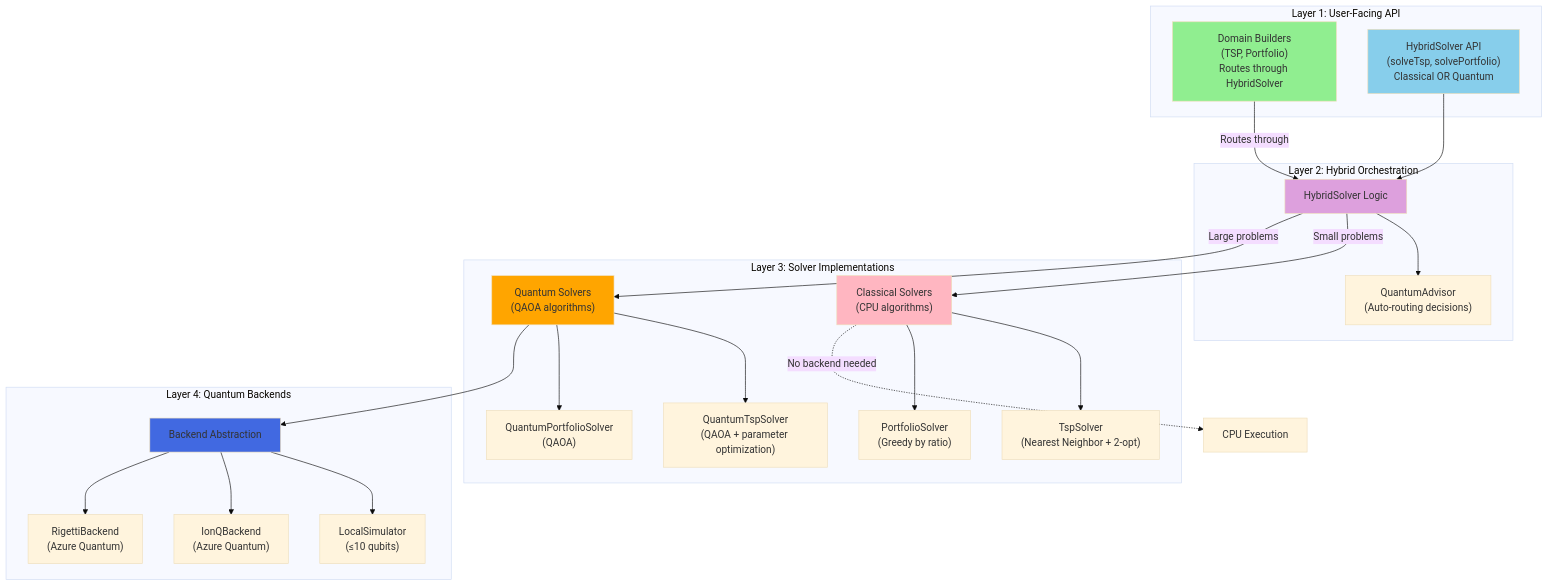
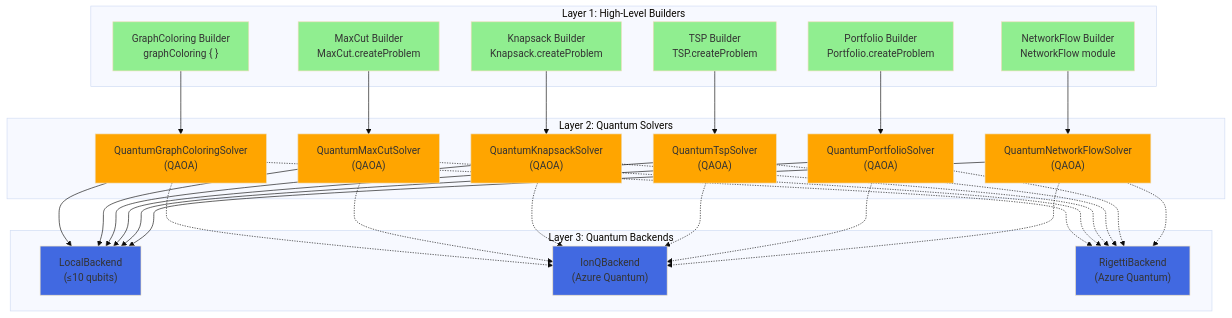
Before and after one commit to Thorium/FSharp.Azure.Quantum: the diagram in README.md, drawn with Mermaid (base theme). The commit also changed other lines of this file and 37 other files, not shown here.

Commit message:
refactor: Reorganize builders into quantum-first solver architecture

````diff
--- a/README.md
+++ b/README.md
@@ -176,49 +225,70 @@
 ```mermaid
 graph TB
-    subgraph "Layer 1: User-Facing API"
-        Builders["Domain Builders<br/>(TSP, Portfolio)<br/>Routes through HybridSolver"]
-        HybridAPI["HybridSolver API<br/>(solveTsp, solvePortfolio)<br/>Classical OR Quantum"]
+    subgraph "Layer 1: High-Level Builders"
+        GC["GraphColoring Builder<br/>graphColoring { }"]
+        MC["MaxCut Builder<br/>MaxCut.createProblem"]
+        KS["Knapsack Builder<br/>Knapsack.createProblem"]
+        TS["TSP Builder<br/>TSP.createProblem"]
+        PO["Portfolio Builder<br/>Portfolio.createProblem"]
+        NF["NetworkFlow Builder<br/>NetworkFlow module"]
     end
     
-    subgraph "Layer 2: Hybrid Orchestration"
-        HybridLogic["HybridSolver Logic"]
-        Advisor["QuantumAdvisor<br/>(Auto-routing decisions)"]
-        
-        HybridLogic --> Advisor
+    subgraph "Layer 2: Quantum Solvers"
+        QGC["QuantumGraphColoringSolver<br/>(QAOA)"]
+        QMC["QuantumMaxCutSolver<br/>(QAOA)"]
+        QKS["QuantumKnapsackSolver<br/>(QAOA)"]
+        QTS["QuantumTspSolver<br/>(QAOA)"]
+        QPO["QuantumPortfolioSolver<br/>(QAOA)"]
+        QNF["QuantumNetworkFlowSolver<br/>(QAOA)"]
     end
     
-    subgraph "Layer 3: Solver Implementations"
-        Classical["Classical Solvers<br/>(CPU algorithms)"]
-        Quantum["Quantum Solvers<br/>(QAOA algorithms)"]
-        
-        Classical --> TspClassical["TspSolver<br/>(Nearest Neighbor + 2-opt)"]
-        Classical --> PortfolioClassical["PortfolioSolver<br/>(Greedy by ratio)"]
-        
-        Quantum --> TspQuantum["QuantumTspSolver<br/>(QAOA + parameter optimization)"]
-        Quantum --> PortfolioQuantum["QuantumPortfolioSolver<br/>(QAOA)"]
+    subgraph "Layer 3: Quantum Backends"
+        LOCAL["LocalBackend<br/>(≤10 qubits)"]
+        IONQ["IonQBackend<br/>(Azure Quantum)"]
+        RIGETTI["RigettiBackend<br/>(Azure Quantum)"]
     end
     
-    subgraph "Layer 4: Quantum Backends"
-        Backends["Backend Abstraction"]
-        
-        Backends --> Local["LocalSimulator<br/>(≤10 qubits)"]
-        Backends --> IonQ["IonQBackend<br/>(Azure Quantum)"]
-        Backends --> Rigetti["RigettiBackend<br/>(Azure Quantum)"]
-    end
+    GC --> QGC
+    MC --> QMC
+    KS --> QKS
+    TS --> QTS
+    PO --> QPO
+    NF --> QNF
     
-    Builders -->|"Routes through"| HybridLogic
-    HybridAPI --> HybridLogic
+    QGC --> LOCAL
+    QMC --> LOCAL
+    QKS --> LOCAL
+    QTS --> LOCAL
+    QPO --> LOCAL
+    QNF --> LOCAL
     
-    HybridLogic -->|Small problems| Classical
-    HybridLogic -->|Large problems| Quantum
+    QGC -.-> IONQ
+    QMC -.-> IONQ
+    QKS -.-> IONQ
+    QTS -.-> IONQ
+    QPO -.-> IONQ
+    QNF -.-> IONQ
     
-    Classical -.->|"No backend needed"| CPU["CPU Execution"]
-    Quantum --> Backends
+    QGC -.-> RIGETTI
+    QMC -.-> RIGETTI
+    QKS -.-> RIGETTI
+    QTS -.-> RIGETTI
+    QPO -.-> RIGETTI
+    QNF -.-> RIGETTI
     
-    style Builders fill:#90EE90
-    style HybridAPI fill:#87CEEB
-    style HybridLogic fill:#DDA0DD
-    style Classical fill:#FFB6C1
-    style Quantum fill:#FFA500
-    style Backends fill:#4169E1
+    style GC fill:#90EE90
+    style MC fill:#90EE90
+    style KS fill:#90EE90
+    style TS fill:#90EE90
+    style PO fill:#90EE90
+    style NF fill:#90EE90
+    style QGC fill:#FFA500
+    style QMC fill:#FFA500
+    style QKS fill:#FFA500
+    style QTS fill:#FFA500
+    style QPO fill:#FFA500
+    style QNF fill:#FFA500
+    style LOCAL fill:#4169E1
+    style IONQ fill:#4169E1
+    style RIGETTI fill:#4169E1
 ```
````
